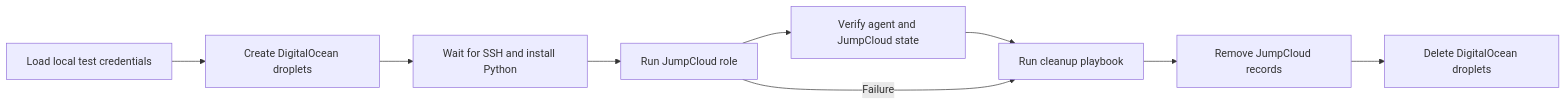
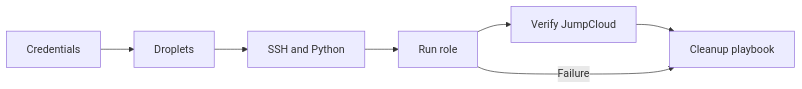
Before and after one commit to inviqa/ansible-jumpcloud: the first of 2 diagrams in docs/testing.md, drawn with Mermaid. The commit also changed other lines of this file and 24 other files, not shown here.

````diff
--- a/docs/testing.md
+++ b/docs/testing.md
@@ -154,13 +226,9 @@
 ```mermaid
 flowchart LR
-  accTitle: DigitalOcean live-test flow
-  accDescr: Shows the Workspace live-test sequence from setup through cleanup.
-  setup["Load local test credentials"] --> provision["Create DigitalOcean droplets"]
-  provision --> ssh["Wait for SSH and install Python"]
-  ssh --> role["Run JumpCloud role"]
-  role --> verify["Verify agent and JumpCloud state"]
-  verify --> cleanup["Run cleanup playbook"]
+  setup["Credentials"] --> provision["Droplets"]
+  provision --> prepare["SSH and Python"]
+  prepare --> role["Run role"]
+  role --> verify["Verify JumpCloud"]
+  verify --> cleanup["Cleanup playbook"]
   role -->|Failure| cleanup
-  cleanup --> records["Remove JumpCloud records"]
-  records --> droplets["Delete DigitalOcean droplets"]
 ```
````
